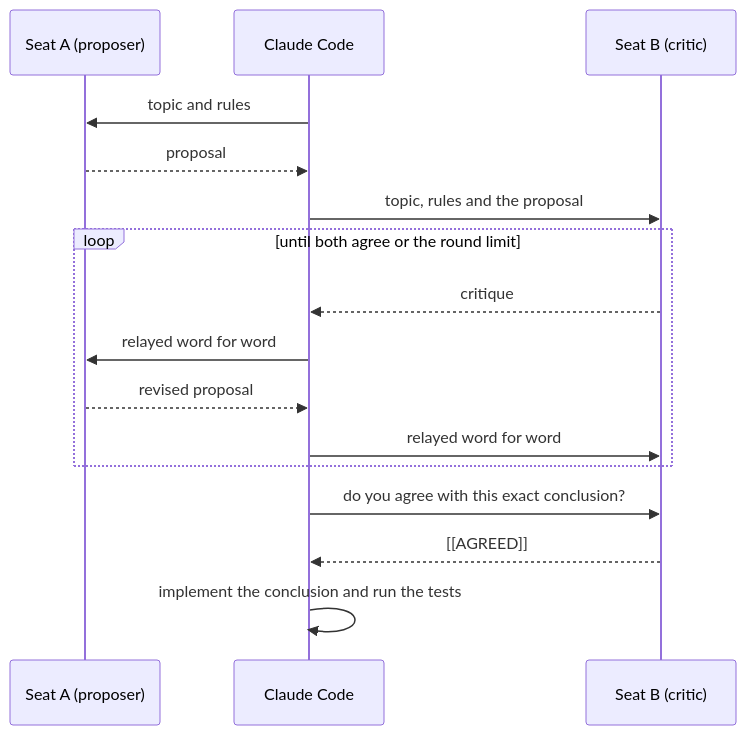
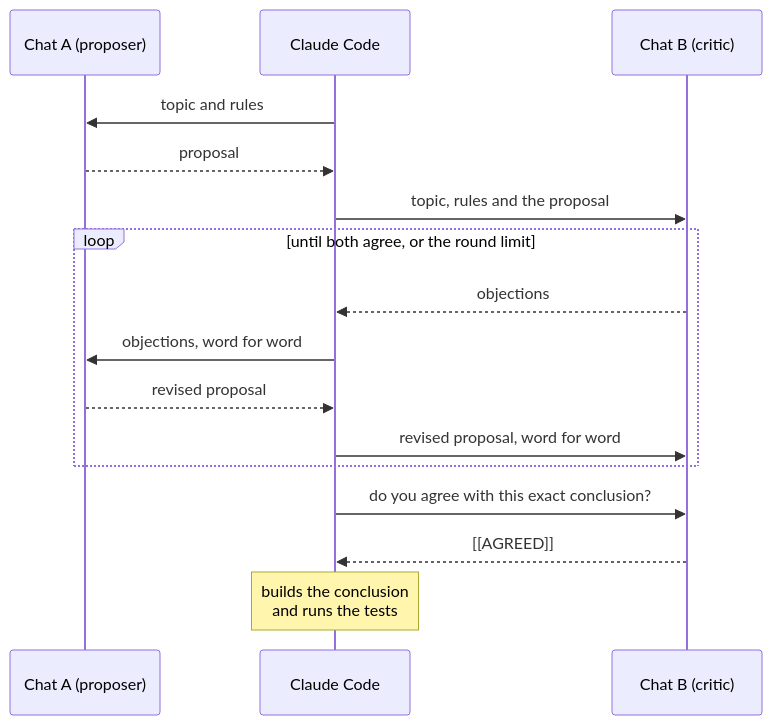
The third of 4 diagrams in README.md (fatih255/tabcrew), drawn with Mermaid before and after one commit. The commit also changed other lines of this file and 1 other file, not shown here.

First line of the commit message:
README: readable diagrams, reliability section, shorter test summary

````diff
--- a/README.md
+++ b/README.md
@@ -94,18 +88,18 @@
 ```mermaid
 sequenceDiagram
-    participant A as Seat A (proposer)
+    participant A as Chat A (proposer)
     participant CC as Claude Code
-    participant B as Seat B (critic)
+    participant B as Chat B (critic)
     CC->>A: topic and rules
     A-->>CC: proposal
     CC->>B: topic, rules and the proposal
-    loop until both agree or the round limit
-        B-->>CC: critique
-        CC->>A: relayed word for word
+    loop until both agree, or the round limit
+        B-->>CC: objections
+        CC->>A: objections, word for word
         A-->>CC: revised proposal
-        CC->>B: relayed word for word
+        CC->>B: revised proposal, word for word
     end
     CC->>B: do you agree with this exact conclusion?
     B-->>CC: [[AGREED]]
-    CC->>CC: implement the conclusion and run the tests
+    Note over CC: builds the conclusion<br/>and runs the tests
 ```
````
